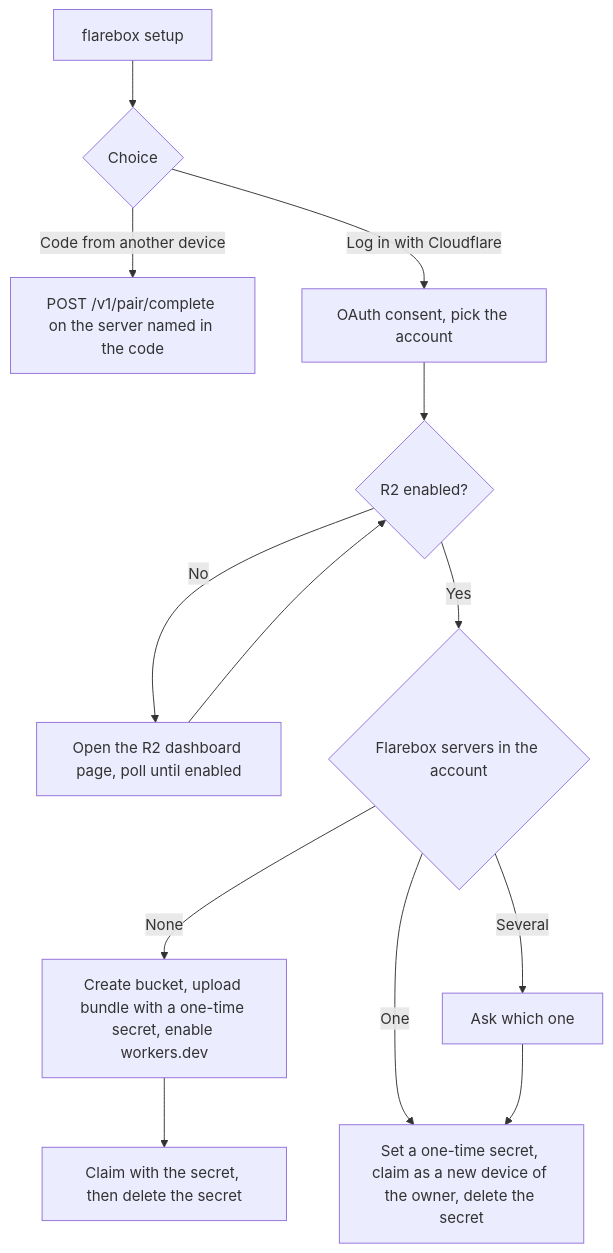
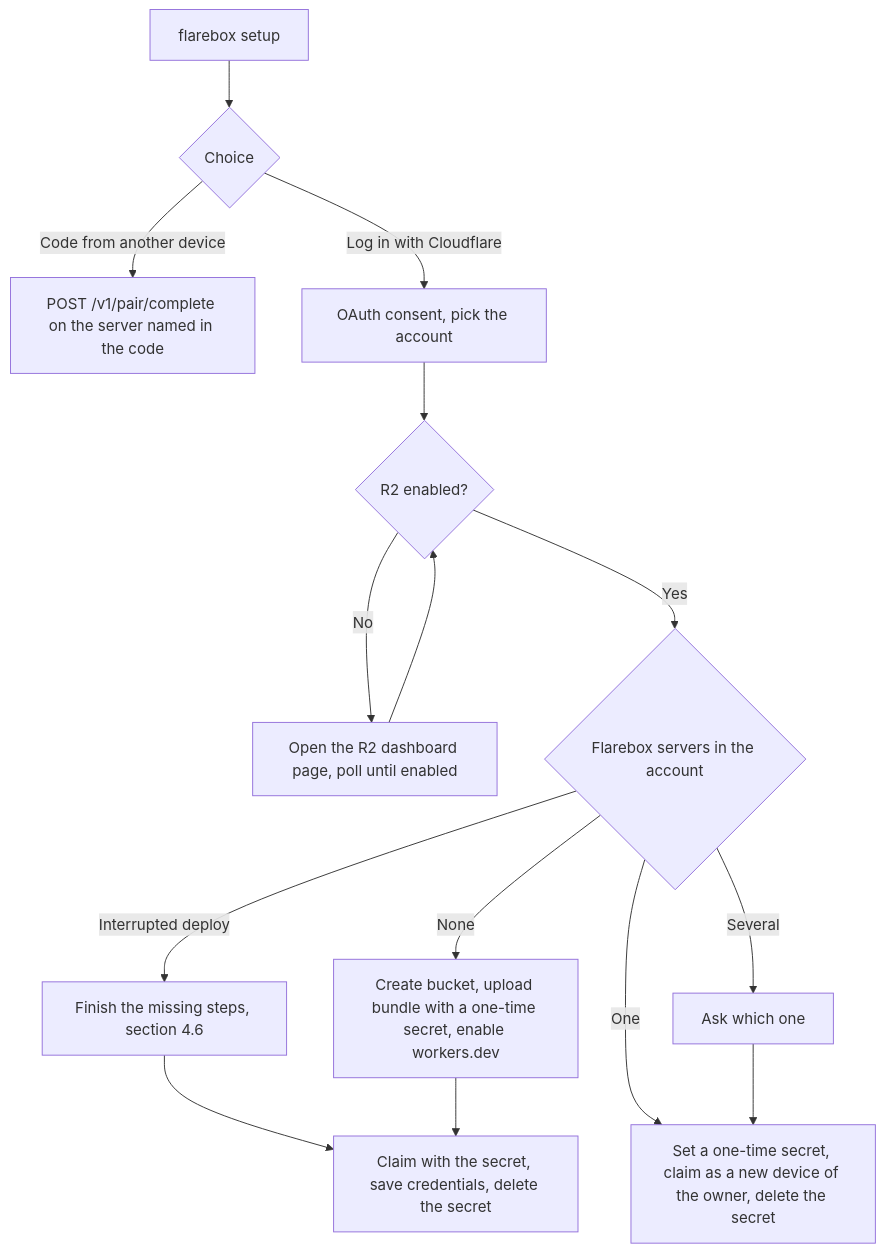
Before and after one commit to flarebox-dev/flarebox: the diagram in docs/design/cli-setup.md, drawn with Mermaid. The commit also changed other lines of this file, not shown here.

````diff
--- a/docs/design/cli-setup.md
+++ b/docs/design/cli-setup.md
@@ -31,14 +32,15 @@
 ```mermaid
 flowchart TD
     A[flarebox setup] --> B{Choice}
     B -->|Code from another device| J[POST /v1/pair/complete on the server named in the code]
     B -->|Log in with Cloudflare| C[OAuth consent, pick the account]
     C --> D{R2 enabled?}
     D -->|No| E[Open the R2 dashboard page, poll until enabled]
     E --> D
     D -->|Yes| F{Flarebox servers in the account}
     F -->|None| G[Create bucket, upload bundle with a one-time secret, enable workers.dev]
-    G --> H[Claim with the secret, then delete the secret]
+    F -->|Interrupted deploy| L[Finish the missing steps, section 4.6] --> H
+    G --> H[Claim with the secret, save credentials, delete the secret]
     F -->|One| I[Set a one-time secret, claim as a new device of the owner, delete the secret]
     F -->|Several| K[Ask which one] --> I
 ```
````
